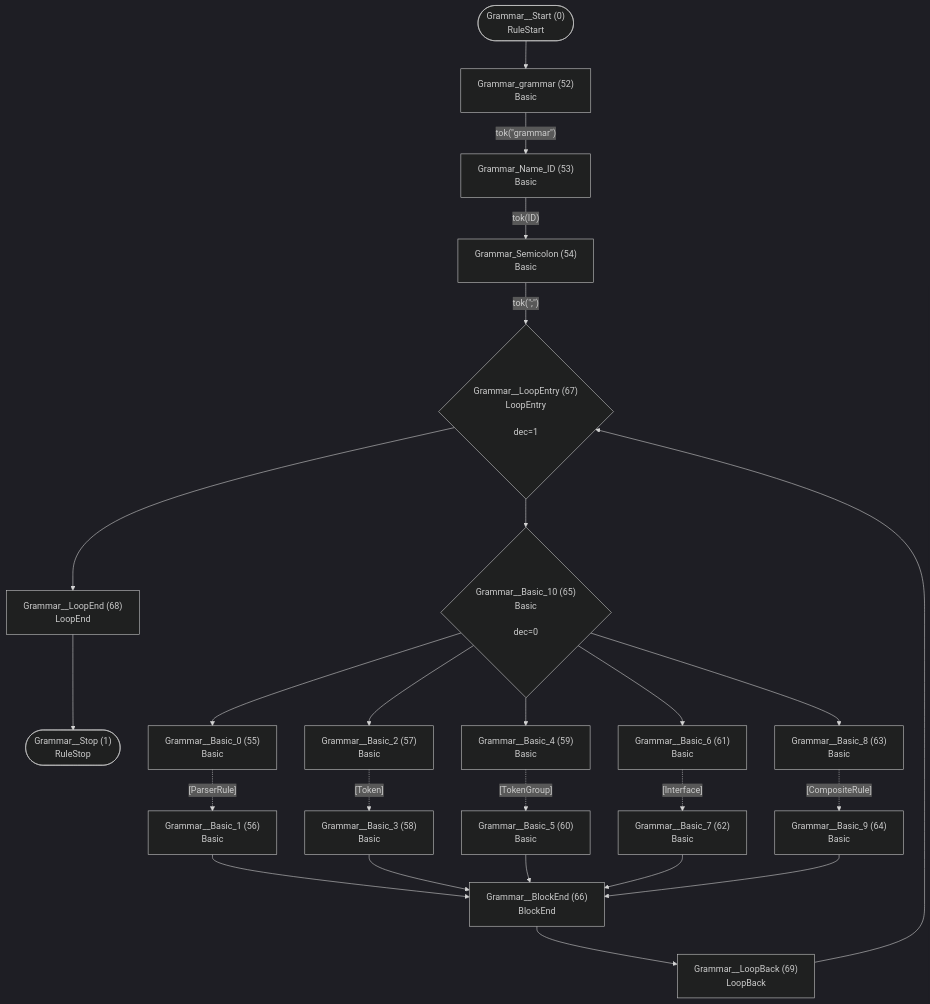
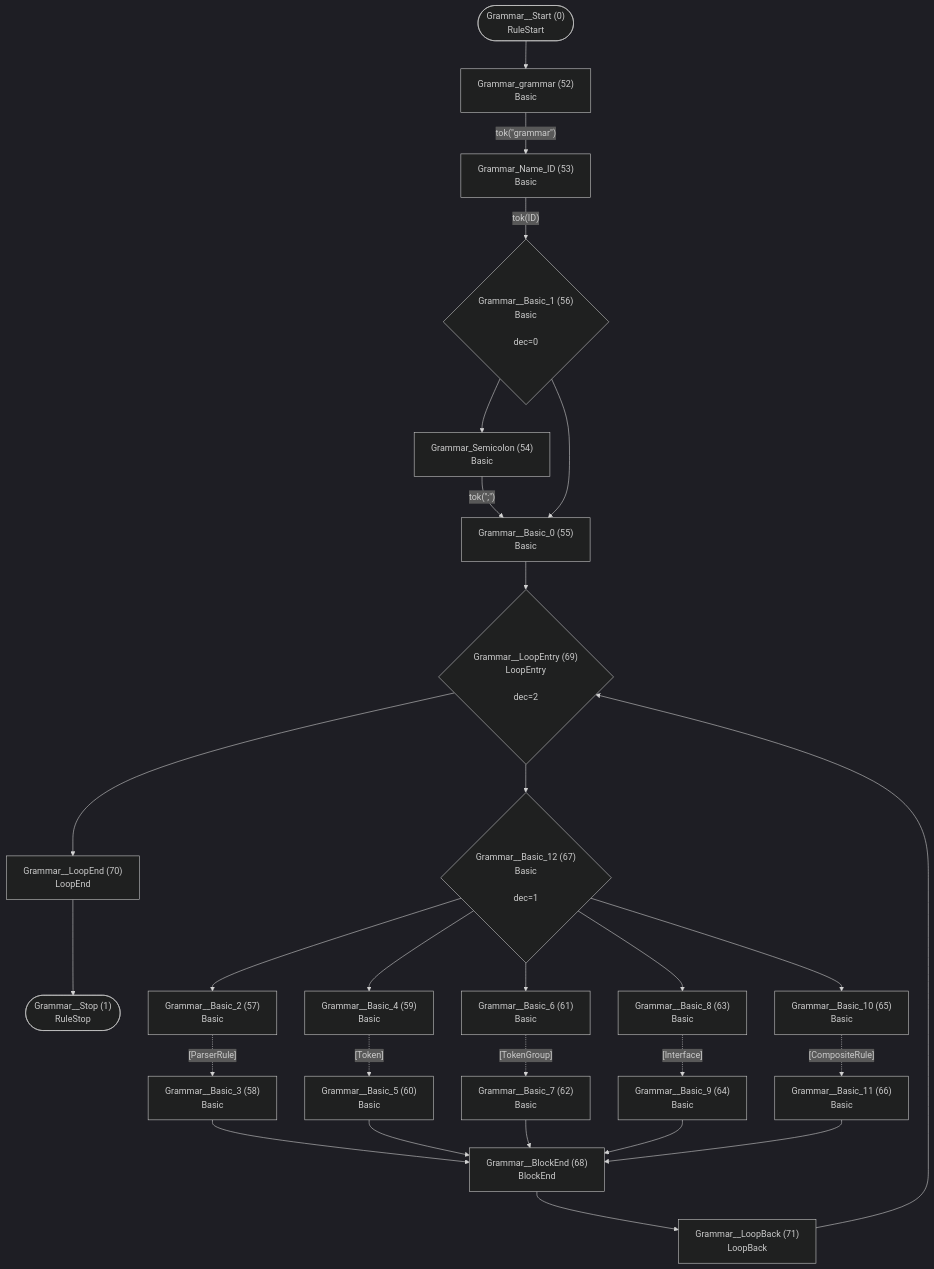
One commit to TypeFox/fastbelt changed the first of 26 diagrams in internal/grammar/atn.md. Above: the diagram before and after it, drawn with Mermaid (dark theme). The commit also changed other lines of this file and 25 other files, not shown here.

Commit message:
Grammar improvements: validations, optional semicolons, entry rules (#120)

````diff
--- a/internal/grammar/atn.md
+++ b/internal/grammar/atn.md
@@ -5,48 +5,53 @@
 ```mermaid
 flowchart TD
     q0(["Grammar__Start (0)<br/>RuleStart"])
     q1(["Grammar__Stop (1)<br/>RuleStop"])
     q52["Grammar_grammar (52)<br/>Basic<br/>"]
     q53["Grammar_Name_ID (53)<br/>Basic<br/>"]
     q54["Grammar_Semicolon (54)<br/>Basic<br/>"]
     q55["Grammar__Basic_0 (55)<br/>Basic<br/>"]
-    q56["Grammar__Basic_1 (56)<br/>Basic<br/>"]
+    q56{"Grammar__Basic_1 (56)<br/>Basic<br/><br/>dec=0"}
     q57["Grammar__Basic_2 (57)<br/>Basic<br/>"]
     q58["Grammar__Basic_3 (58)<br/>Basic<br/>"]
     q59["Grammar__Basic_4 (59)<br/>Basic<br/>"]
     q60["Grammar__Basic_5 (60)<br/>Basic<br/>"]
     q61["Grammar__Basic_6 (61)<br/>Basic<br/>"]
     q62["Grammar__Basic_7 (62)<br/>Basic<br/>"]
     q63["Grammar__Basic_8 (63)<br/>Basic<br/>"]
     q64["Grammar__Basic_9 (64)<br/>Basic<br/>"]
-    q65{"Grammar__Basic_10 (65)<br/>Basic<br/><br/>dec=0"}
-    q66["Grammar__BlockEnd (66)<br/>BlockEnd<br/>"]
-    q67{"Grammar__LoopEntry (67)<br/>LoopEntry<br/><br/>dec=1"}
-    q68["Grammar__LoopEnd (68)<br/>LoopEnd<br/>"]
-    q69["Grammar__LoopBack (69)<br/>LoopBack<br/>"]
+    q65["Grammar__Basic_10 (65)<br/>Basic<br/>"]
+    q66["Grammar__Basic_11 (66)<br/>Basic<br/>"]
+    q67{"Grammar__Basic_12 (67)<br/>Basic<br/><br/>dec=1"}
+    q68["Grammar__BlockEnd (68)<br/>BlockEnd<br/>"]
+    q69{"Grammar__LoopEntry (69)<br/>LoopEntry<br/><br/>dec=2"}
+    q70["Grammar__LoopEnd (70)<br/>LoopEnd<br/>"]
+    q71["Grammar__LoopBack (71)<br/>LoopBack<br/>"]
 
     q0 --> q52
     q52 -->|"tok(&quot;grammar&quot;)"| q53
-    q53 -->|"tok(ID)"| q54
-    q54 -->|"tok(&quot;;&quot;)"| q67
-    q55 -.->|"[ParserRule]"| q56
-    q56 --> q66
-    q57 -.->|"[Token]"| q58
-    q58 --> q66
-    q59 -.->|"[TokenGroup]"| q60
-    q60 --> q66
-    q61 -.->|"[Interface]"| q62
-    q62 --> q66
-    q63 -.->|"[CompositeRule]"| q64
-    q64 --> q66
-    q65 --> q55
-    q65 --> q57
-    q65 --> q59
-    q65 --> q61
-    q65 --> q63
-    q66 --> q69
+    q53 -->|"tok(ID)"| q56
+    q54 -->|"tok(&quot;;&quot;)"| q55
+    q55 --> q69
+    q56 --> q54
+    q56 --> q55
+    q57 -.->|"[ParserRule]"| q58
+    q58 --> q68
+    q59 -.->|"[Token]"| q60
+    q60 --> q68
+    q61 -.->|"[TokenGroup]"| q62
+    q62 --> q68
+    q63 -.->|"[Interface]"| q64
+    q64 --> q68
+    q65 -.->|"[CompositeRule]"| q66
+    q66 --> q68
+    q67 --> q57
+    q67 --> q59
+    q67 --> q61
+    q67 --> q63
     q67 --> q65
-    q67 --> q68
-    q68 --> q1
+    q68 --> q71
     q69 --> q67
+    q69 --> q70
+    q70 --> q1
+    q71 --> q69
 ```
````
